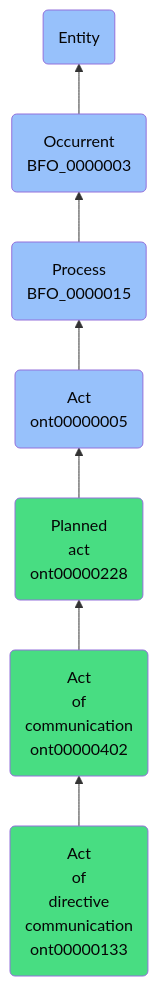
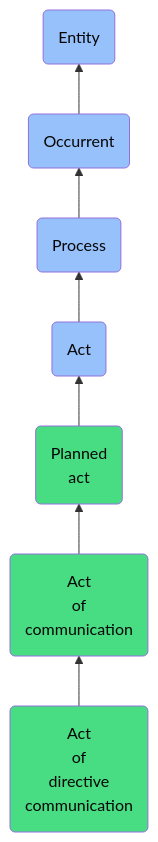
Before and after one commit to jupyter-naas/abi: the diagram in docs/ontology/reference/model/Entity/Occurrent/Process/Act/Planned act/Act of communication/Act of directive communication/Act of directive communication.md, drawn with Mermaid. The commit also changed other lines of this file and 1430 other files, not shown here.

````diff
--- a/docs/ontology/reference/model/Entity/Occurrent/Process/Act/Planned act/Act of communication/Act of directive communication/Act of directive communication.md
+++ b/docs/ontology/reference/model/Entity/Occurrent/Process/Act/Planned act/Act of communication/Act of directive communication/Act of directive communication.md
@@ -24,14 +24,14 @@
 ```mermaid
 graph BT
-    ont00000133(Act<br>of<br>directive<br>communication<br>ont00000133):::ABI-->ont00000402
-    ont00000402(Act<br>of<br>communication<br>ont00000402):::ABI-->ont00000228
-    ont00000228(Planned<br>act<br>ont00000228):::ABI-->ont00000005
-    ont00000005(Act<br>ont00000005):::BFO-->BFO_0000015
-    BFO_0000015(Process<br>BFO_0000015):::BFO-->BFO_0000003
-    BFO_0000003(Occurrent<br>BFO_0000003):::BFO-->BFO_0000001
+    ont00000133(Act<br>of<br>directive<br>communication):::ABI-->ont00000402
+    ont00000402(Act<br>of<br>communication):::ABI-->ont00000228
+    ont00000228(Planned<br>act):::ABI-->ont00000005
+    ont00000005(Act):::BFO-->BFO_0000015
+    BFO_0000015(Process):::BFO-->BFO_0000003
+    BFO_0000003(Occurrent):::BFO-->BFO_0000001
     BFO_0000001(Entity):::BFO
     
     classDef BFO fill:#97c1fb,color:#060606
     classDef CCO fill:#e4c51e,color:#060606
     classDef ABI fill:#48DD82,color:#060606
 ```
````
